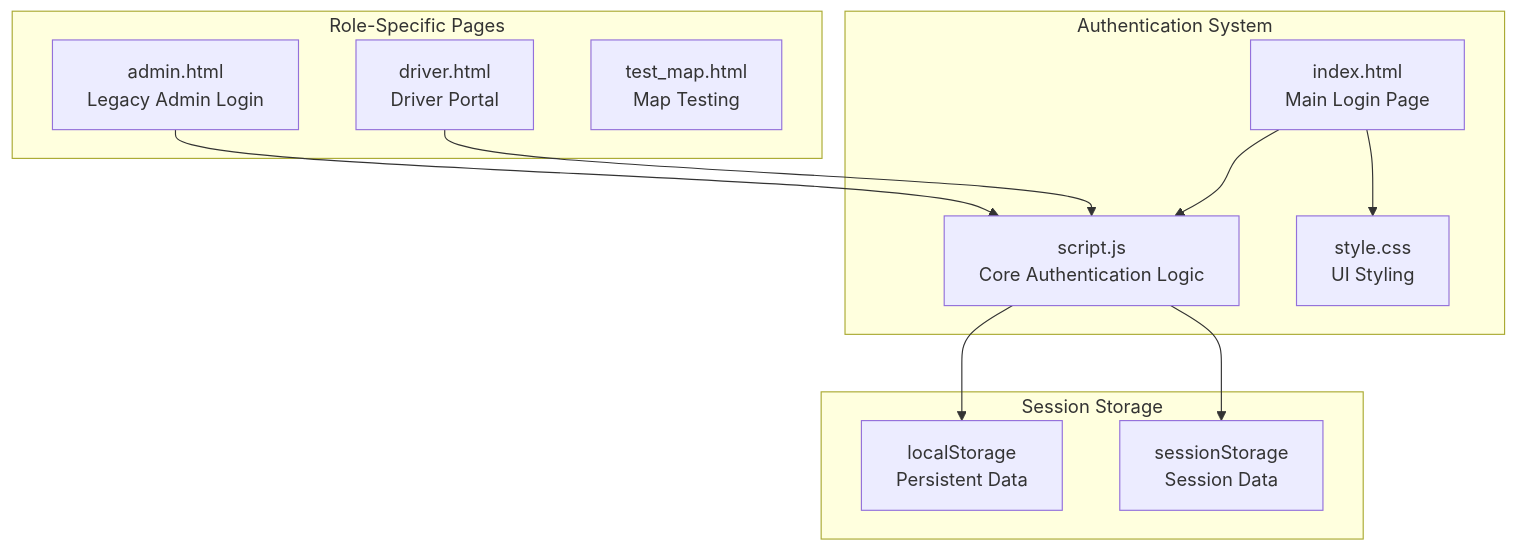
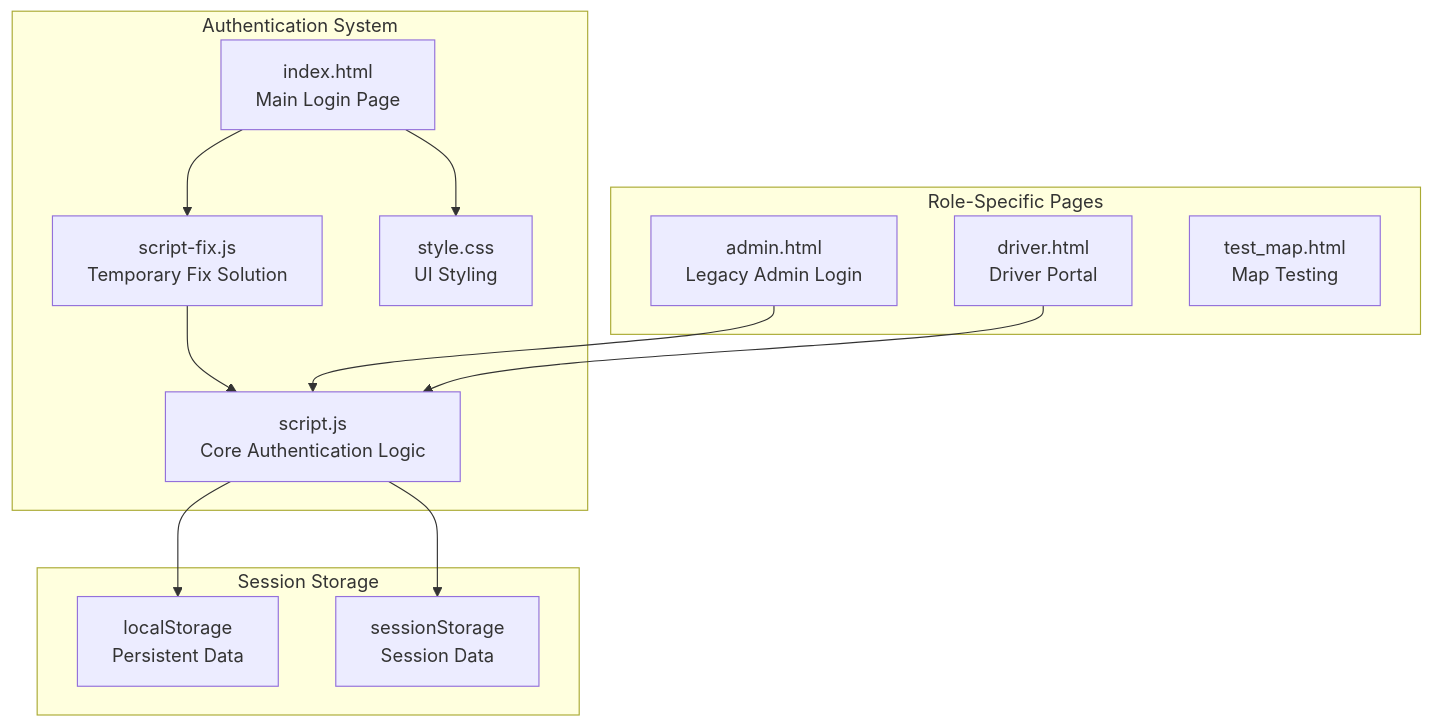
Before and after one commit to Rehanpatel3858/BusTrack-Pro: the first of 11 diagrams in .qoder/repowiki/en/content/Authentication System.md, drawn with Mermaid. The commit also changed other lines of this file and 4 other files, not shown here.

````diff
--- a/.qoder/repowiki/en/content/Authentication System.md
+++ b/.qoder/repowiki/en/content/Authentication System.md
@@ -36,23 +46,25 @@
 ```mermaid
 graph TB
 subgraph "Authentication System"
 Index[index.html<br/>Main Login Page]
+ScriptFix[script-fix.js<br/>Temporary Fix Solution]
 Script[script.js<br/>Core Authentication Logic]
 Style[style.css<br/>UI Styling]
 end
 subgraph "Role-Specific Pages"
 Admin[admin.html<br/>Legacy Admin Login]
 Driver[driver.html<br/>Driver Portal]
 Test[test_map.html<br/>Map Testing]
 end
 subgraph "Session Storage"
 Local[localStorage<br/>Persistent Data]
 Session[sessionStorage<br/>Session Data]
 end
-Index --> Script
+Index --> ScriptFix
+ScriptFix --> Script
 Script --> Local
 Script --> Session
 Index --> Style
 Admin --> Script
 Driver --> Script
 ```
````
